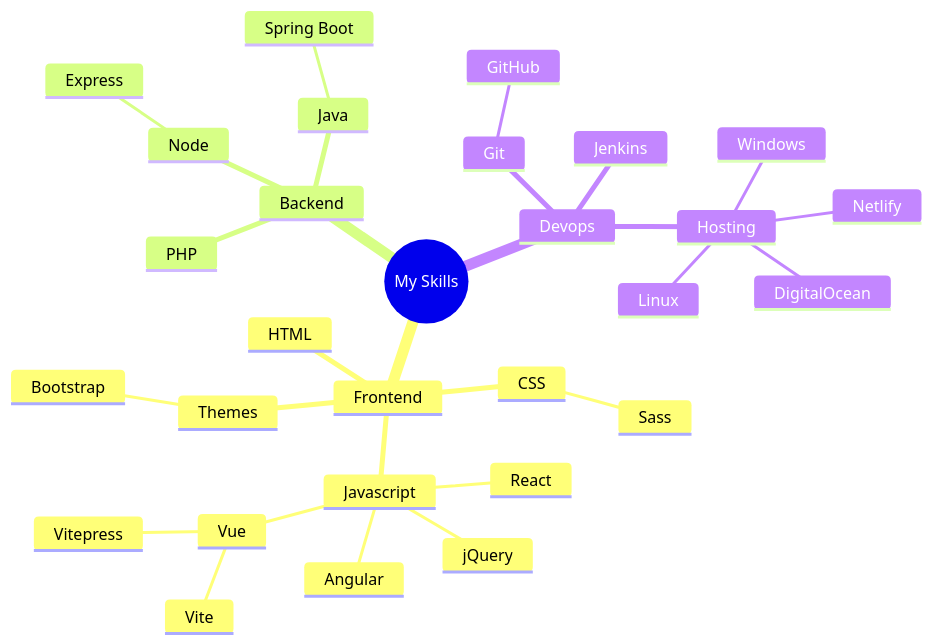
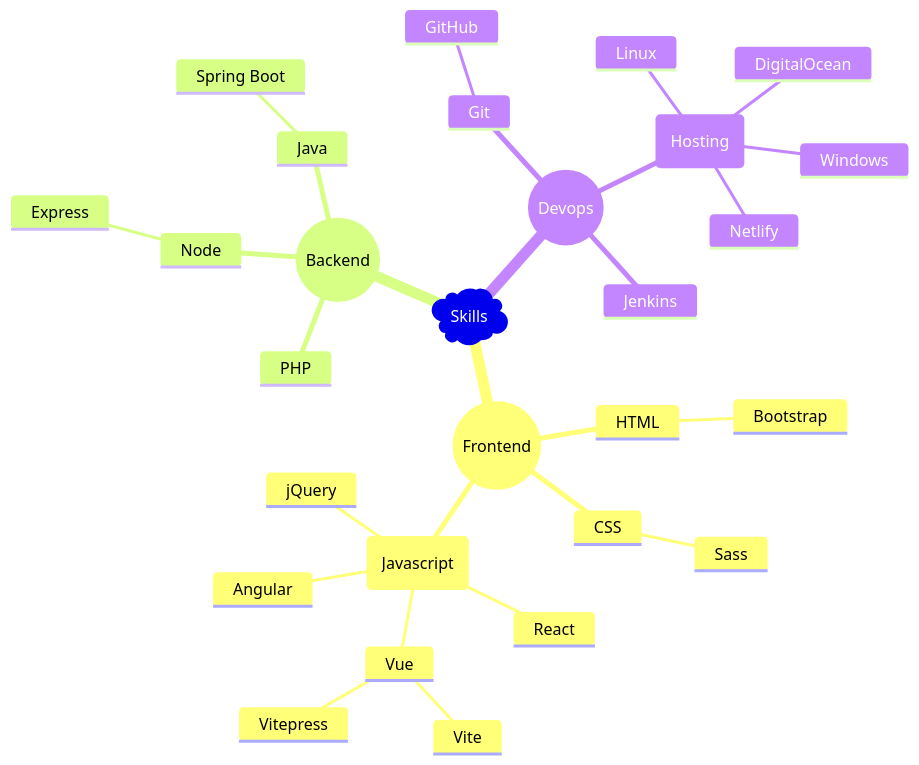
One commit to akobashikawa/vitepress-akcstudio changed the first of 3 diagrams in docs/en/index.md. Above: the diagram before and after it, drawn with Mermaid. The commit also changed other lines of this file and 3 other files, not shown here.

````diff
--- a/docs/en/index.md
+++ b/docs/en/index.md
@@ -51,33 +54,32 @@
 ```mermaid
 
 mindmap
-  root((My Skills))
-    Frontend
+  root)Skills(
+    ((Frontend))
       HTML
+        Bootstrap
       CSS
         Sass
-      Javascript
+      (Javascript)
         jQuery
         Vue
           Vite
           Vitepress
         Angular
         React
-      Themes
-        Bootstrap
-    Backend
+    ((Backend))
       Node
         Express
       PHP
       Java
         Spring Boot
-    Devops
+    ((Devops))
       Git
         GitHub
       Jenkins
-      Hosting
+      (Hosting)
         Windows
         Linux
         DigitalOcean
         Netlify
 ```
````
